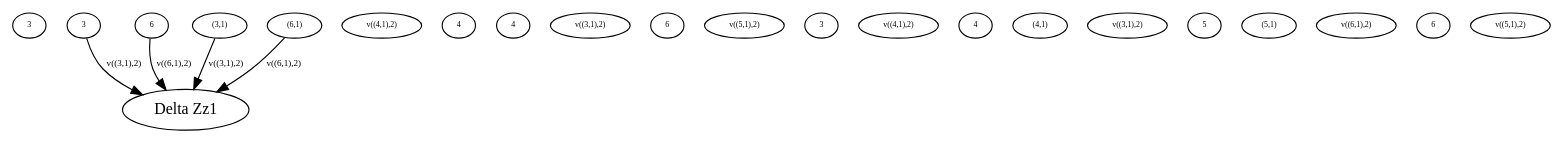
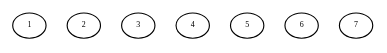
The diagram in python/genfold/alg3_test.gv (AndrewDuncan/Doublecoset), drawn with Graphviz before and after one commit. The commit also changed 2 other files, not shown here.

```diff
--- a/python/genfold/alg3_test.gv
+++ b/python/genfold/alg3_test.gv
@@ -1,27 +1,9 @@
 digraph H {
-"Delta Zv1" [label="3",fontsize=7,width=.01,height=.01];
-"Delta Zv2" [label="3",fontsize=7,width=.01,height=.01];
-"Delta Zv2" -> "Delta Zz1" [label="v((3,1),2)",fontsize=8];
-"Delta Zv3" [label="v((4,1),2)",fontsize=7,width=.01,height=.01];
-"Delta Zv4" [label="4",fontsize=7,width=.01,height=.01];
-"Delta Zv5" [label="4",fontsize=7,width=.01,height=.01];
-"Delta Zv6" [label="v((3,1),2)",fontsize=7,width=.01,height=.01];
-"Delta Zv7" [label="6",fontsize=7,width=.01,height=.01];
-"Delta Zv8" [label="6",fontsize=7,width=.01,height=.01];
-"Delta Zv8" -> "Delta Zz1" [label="v((6,1),2)",fontsize=8];
-"Delta Zv9" [label="v((5,1),2)",fontsize=7,width=.01,height=.01];
-"Delta Zv10" [label="3",fontsize=7,width=.01,height=.01];
-"Delta Zv11" [label="(3,1)",fontsize=7,width=.01,height=.01];
-"Delta Zv11" -> "Delta Zz1" [label="v((3,1),2)",fontsize=8];
-"Delta Zv12" [label="v((4,1),2)",fontsize=7,width=.01,height=.01];
-"Delta Zv13" [label="4",fontsize=7,width=.01,height=.01];
-"Delta Zv14" [label="(4,1)",fontsize=7,width=.01,height=.01];
-"Delta Zv15" [label="v((3,1),2)",fontsize=7,width=.01,height=.01];
-"Delta Zv16" [label="5",fontsize=7,width=.01,height=.01];
-"Delta Zv17" [label="(5,1)",fontsize=7,width=.01,height=.01];
-"Delta Zv18" [label="v((6,1),2)",fontsize=7,width=.01,height=.01];
-"Delta Zv19" [label="6",fontsize=7,width=.01,height=.01];
-"Delta Zv20" [label="(6,1)",fontsize=7,width=.01,height=.01];
-"Delta Zv20" -> "Delta Zz1" [label="v((6,1),2)",fontsize=8];
-"Delta Zv21" [label="v((5,1),2)",fontsize=7,width=.01,height=.01];
+"Delta Zv((1,1),2)" [label="1",fontsize=7,width=.01,height=.01];
+"Delta Zv((2,1),2)" [label="2",fontsize=7,width=.01,height=.01];
+"Delta Zv((3,1),2)" [label="3",fontsize=7,width=.01,height=.01];
+"Delta Zv((4,1),2)" [label="4",fontsize=7,width=.01,height=.01];
+"Delta Zv((5,1),2)" [label="5",fontsize=7,width=.01,height=.01];
+"Delta Zv((6,1),2)" [label="6",fontsize=7,width=.01,height=.01];
+"Delta Zv((7,1),2)" [label="7",fontsize=7,width=.01,height=.01];
 }
```
